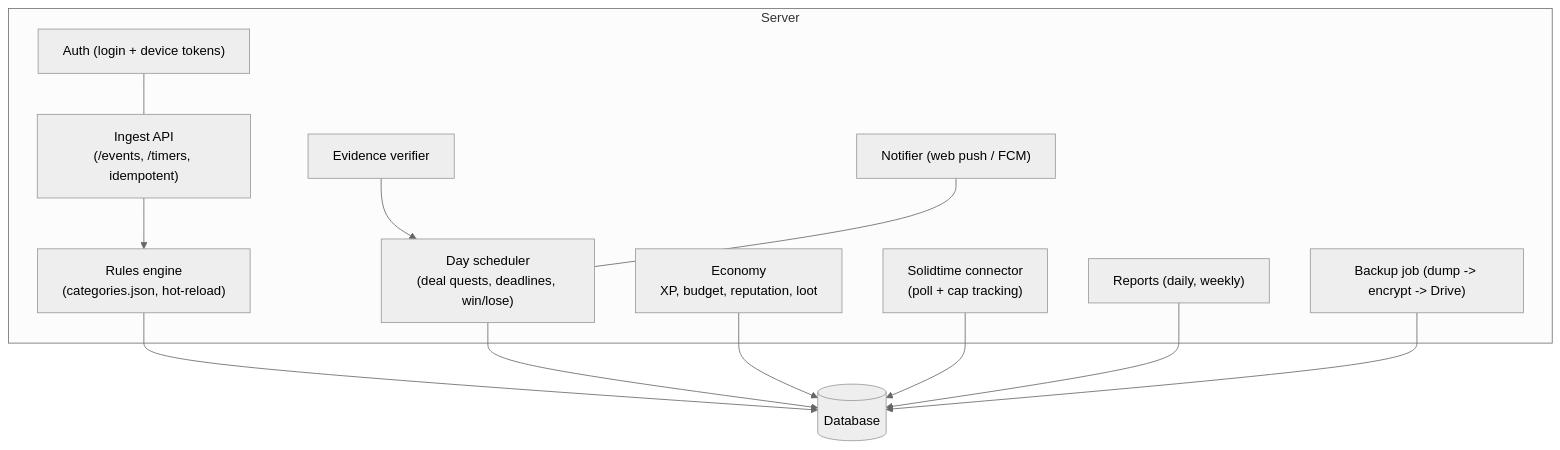
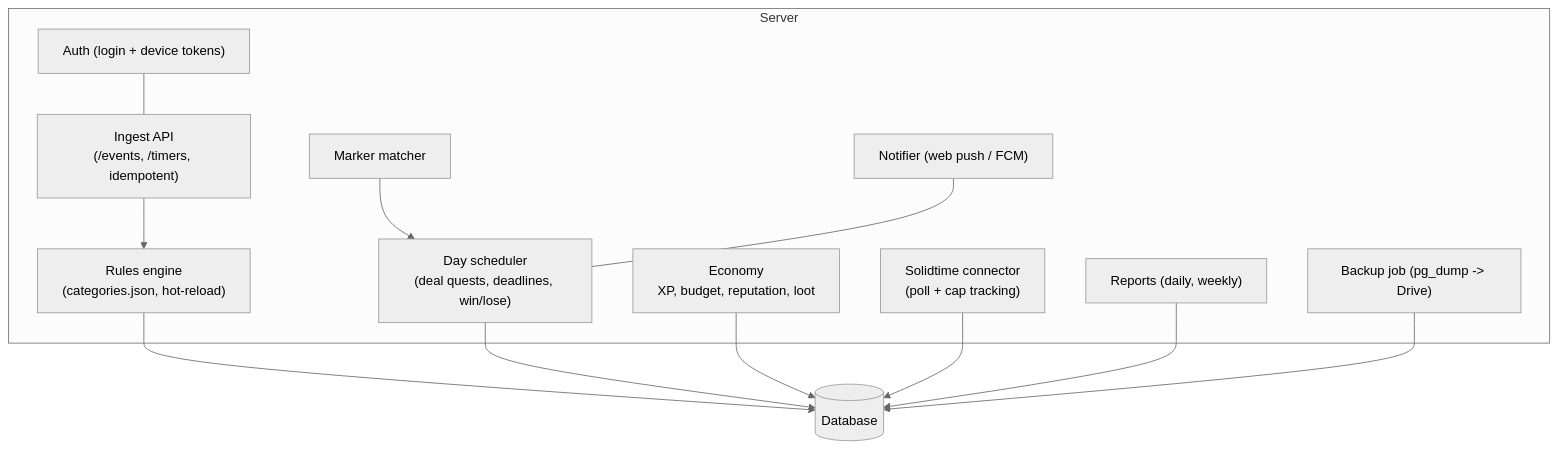
One commit to MSVhora/life-game changed the third of 6 diagrams in docs/ARCHITECTURE.md. Above: the diagram before and after it, drawn with Mermaid (neutral theme). The commit also changed other lines of this file and 11 other files, not shown here.

````diff
--- a/docs/ARCHITECTURE.md
+++ b/docs/ARCHITECTURE.md
@@ -55,25 +55,25 @@
 ```mermaid
 flowchart TB
   subgraph Server
     AUTH["Auth (login + device tokens)"]
     ING["Ingest API\n(/events, /timers, idempotent)"]
     RUL["Rules engine\n(categories.json, hot-reload)"]
     DAY["Day scheduler\n(deal quests, deadlines, win/lose)"]
-    VER["Evidence verifier"]
+    VER["Marker matcher"]
     ECO["Economy\nXP, budget, reputation, loot"]
     SOL["Solidtime connector\n(poll + cap tracking)"]
     NOTI["Notifier (web push / FCM)"]
     REP["Reports (daily, weekly)"]
-    BAK["Backup job (dump -> encrypt -> Drive)"]
+    BAK["Backup job (pg_dump -> Drive)"]
   end
   DB[("Database")]
   ING --> RUL --> DB
   DAY --> DB
   VER --> DAY
   ECO --> DB
   SOL --> DB
   NOTI --- DAY
   REP --> DB
   BAK --> DB
   AUTH --- ING
 ```
````
